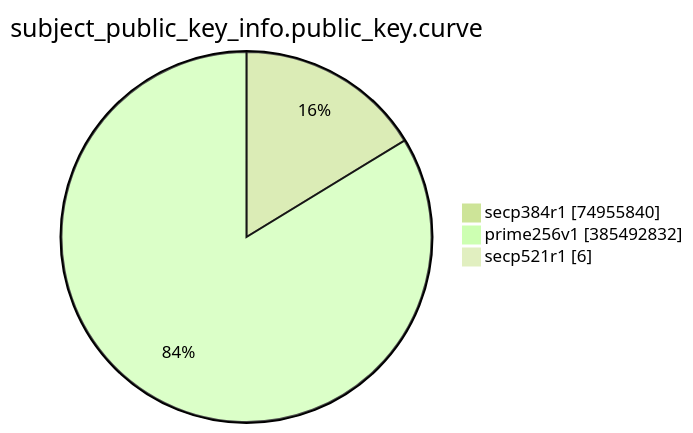
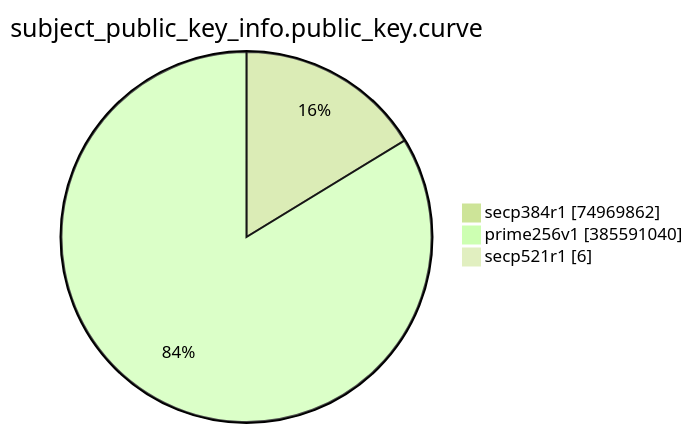
Before and after one commit to christiankrug/ctmonitor_visualization: the eighth of 15 diagrams in TOTAL/README.md, drawn with Mermaid (forest theme). The commit also changed other lines of this file, not shown here.

````diff
--- a/TOTAL/README.md
+++ b/TOTAL/README.md
@@ -3094,7 +3094,7 @@
 ```mermaid
 pie showData
 title subject_public_key_info.public_key.curve
-"secp384r1" :74955840
-"prime256v1" :385492832
+"secp384r1" :74969862
+"prime256v1" :385591040
 "secp521r1" :6
 ```
````
